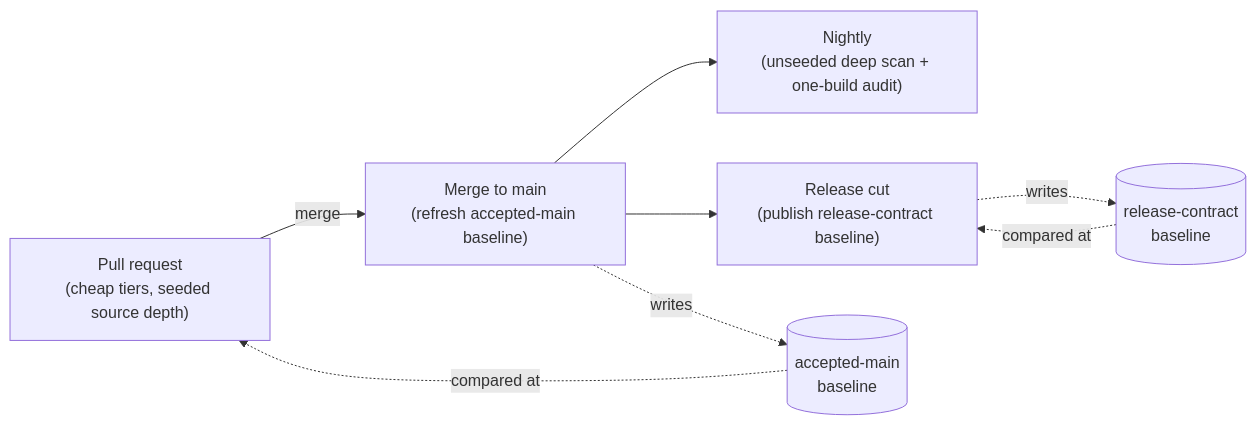
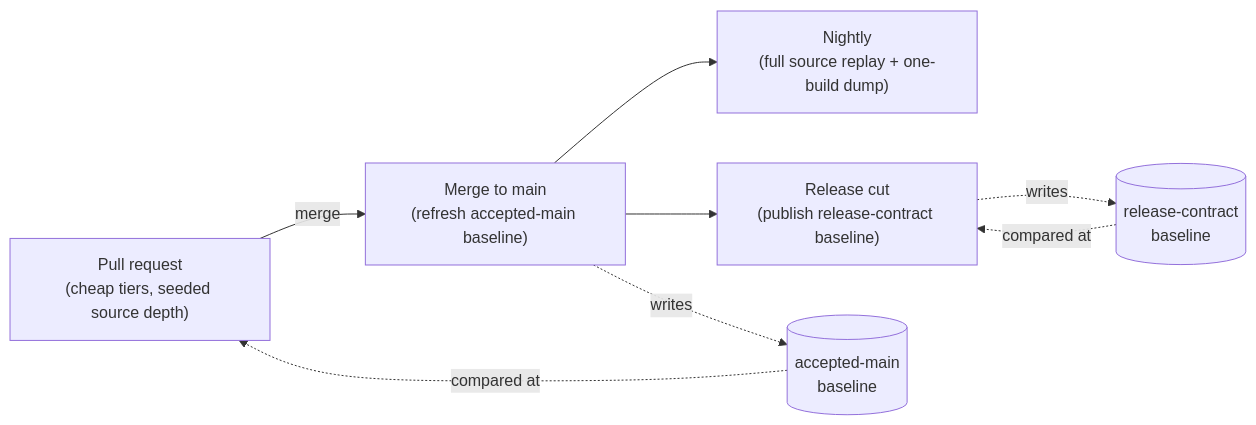
Before and after one commit to abicheck/abicheck: the diagram in docs/learn/where-in-the-pipeline.md, drawn with Mermaid. The commit also changed other lines of this file and 1 other file, not shown here.

Commit message:
docs: retarget real-world-example and where-in-the-pipeline off scan

````diff
--- a/docs/learn/where-in-the-pipeline.md
+++ b/docs/learn/where-in-the-pipeline.md
@@ -32,10 +32,10 @@
 ```mermaid
 flowchart LR
     PR["Pull request<br/>(cheap tiers, seeded source depth)"] -->|merge| MAIN["Merge to main<br/>(refresh accepted-main baseline)"]
-    MAIN --> NIGHTLY["Nightly<br/>(unseeded deep scan + one-build audit)"]
+    MAIN --> NIGHTLY["Nightly<br/>(full source replay + one-build dump)"]
     MAIN --> REL["Release cut<br/>(publish release-contract baseline)"]
     B1[("accepted-main<br/>baseline")] -.->|compared at| PR
     MAIN -.->|writes| B1
     B2[("release-contract<br/>baseline")] -.->|compared at| REL
     REL -.->|writes| B2
 ```
````
